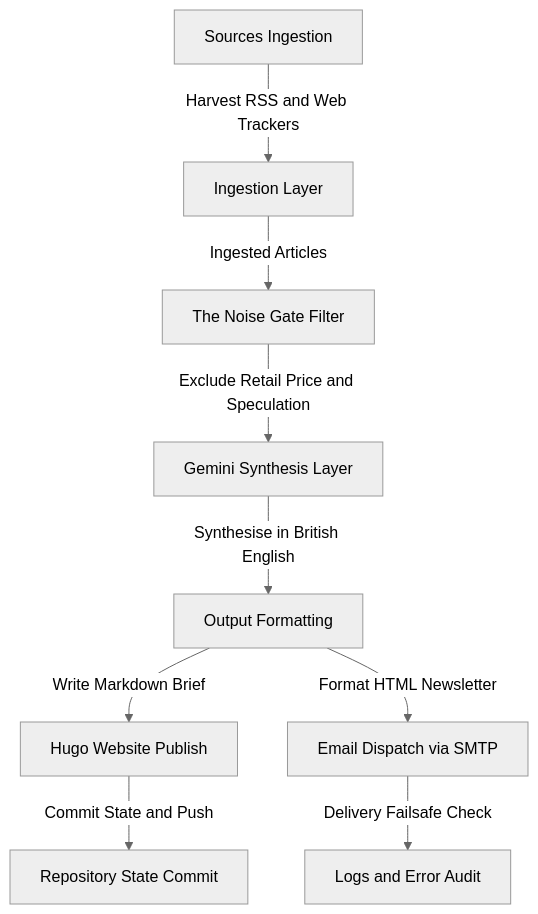
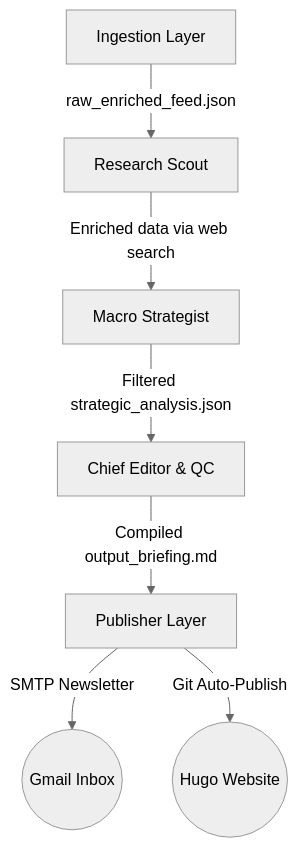
Before and after one commit to suni639/sunilkandola-hugo: the diagram in content/projects/da-intel-01/index.md, drawn with Mermaid (neutral theme). The commit also changed other lines of this file and 2 other files, not shown here.

Commit message:
docs: update insights projects and briefings page description with agentic AI details

```diff
--- a/content/projects/da-intel-01/index.md
+++ b/content/projects/da-intel-01/index.md
@@ -34,11 +34,9 @@
 {{< mermaid >}}
 graph TD
-    A[Sources Ingestion] -->|Harvest RSS and Web Trackers| B[Ingestion Layer]
-    B -->|Ingested Articles| C[The Noise Gate Filter]
-    C -->|Exclude Retail Price and Speculation| D[Gemini Synthesis Layer]
-    D -->|Synthesise in British English| E[Output Formatting]
-    E -->|Write Markdown Brief| F[Hugo Website Publish]
-    E -->|Format HTML Newsletter| G[Email Dispatch via SMTP]
-    F -->|Commit State and Push| H[Repository State Commit]
-    G -->|Delivery Failsafe Check| I[Logs and Error Audit]
+    A[Ingestion Layer] -->|raw_enriched_feed.json| B[Research Scout]
+    B -->|Enriched data via web search| C[Macro Strategist]
+    C -->|Filtered strategic_analysis.json| D[Chief Editor & QC]
+    D -->|Compiled output_briefing.md| E[Publisher Layer]
+    E -->|SMTP Newsletter| F((Gmail Inbox))
+    E -->|Git Auto-Publish| G((Hugo Website))
 {{< /mermaid >}}
```
